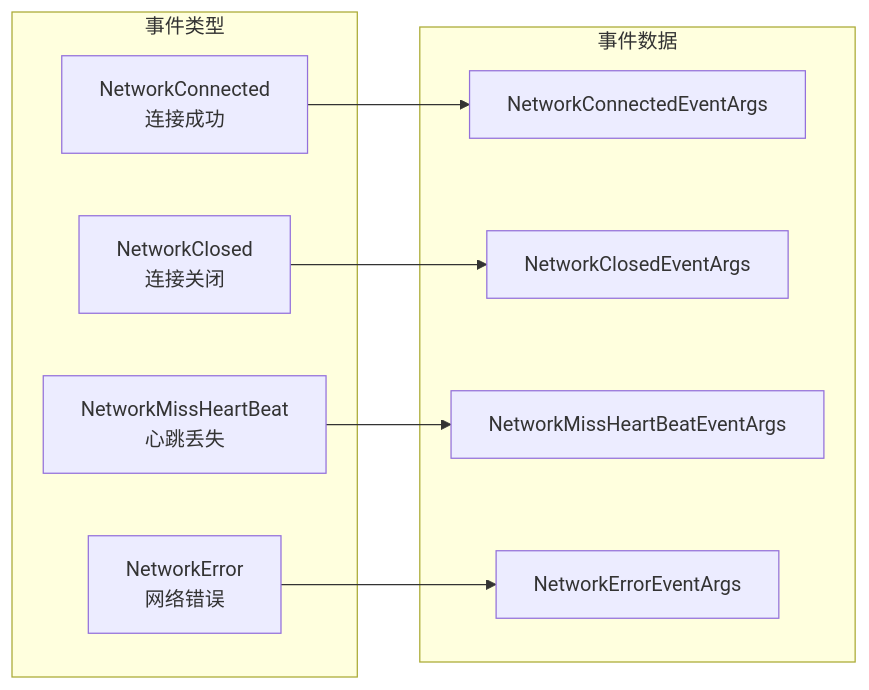
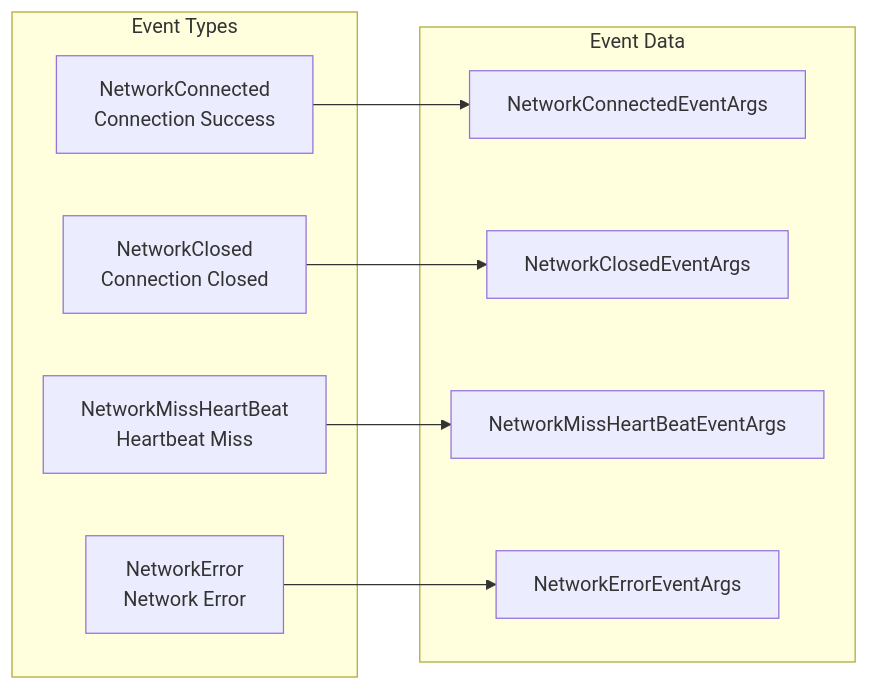
Before and after one commit to AlianBlank/GameFrameX.Docs: the third of 3 diagrams in docs/en/client/unity/component/network/04.network-manager.md, drawn with Mermaid. The commit also changed other lines of this file and 242 other files, not shown here.

````diff
--- a/docs/en/client/unity/component/network/04.network-manager.md
+++ b/docs/en/client/unity/component/network/04.network-manager.md
@@ -204,21 +204,21 @@
 ```mermaid
 flowchart LR
-    subgraph Events["事件类型"]
-        NC[NetworkConnected<br/>连接成功]
-        NCC[NetworkClosed<br/>连接关闭]
-        NMHB[NetworkMissHeartBeat<br/>心跳丢失]
-        NE[NetworkError<br/>网络错误]
+    subgraph Events["Event Types"]
+        NC[NetworkConnected<br/>Connection Success]
+        NCC[NetworkClosed<br/>Connection Closed]
+        NMHB[NetworkMissHeartBeat<br/>Heartbeat Miss]
+        NE[NetworkError<br/>Network Error]
     end
-    
-    subgraph Data["事件数据"]
+
+    subgraph Data["Event Data"]
         E1[NetworkConnectedEventArgs]
         E2[NetworkClosedEventArgs]
         E3[NetworkMissHeartBeatEventArgs]
         E4[NetworkErrorEventArgs]
     end
-    
+
     NC --> E1
     NCC --> E2
     NMHB --> E3
     NE --> E4
 ```
````
